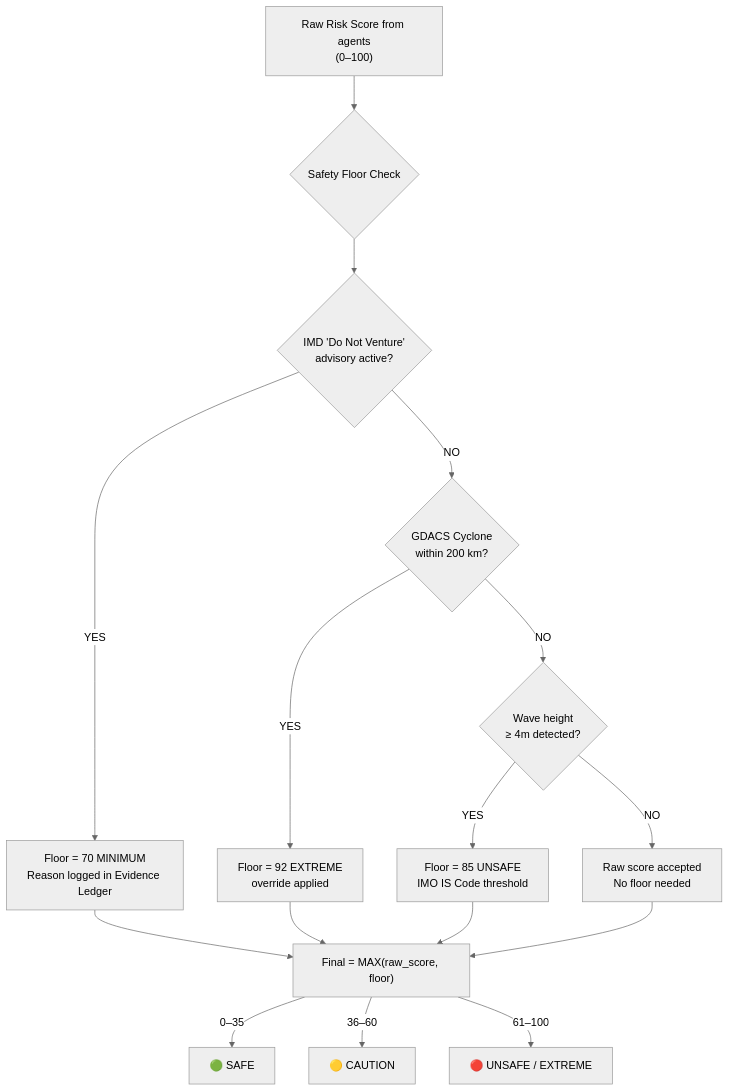
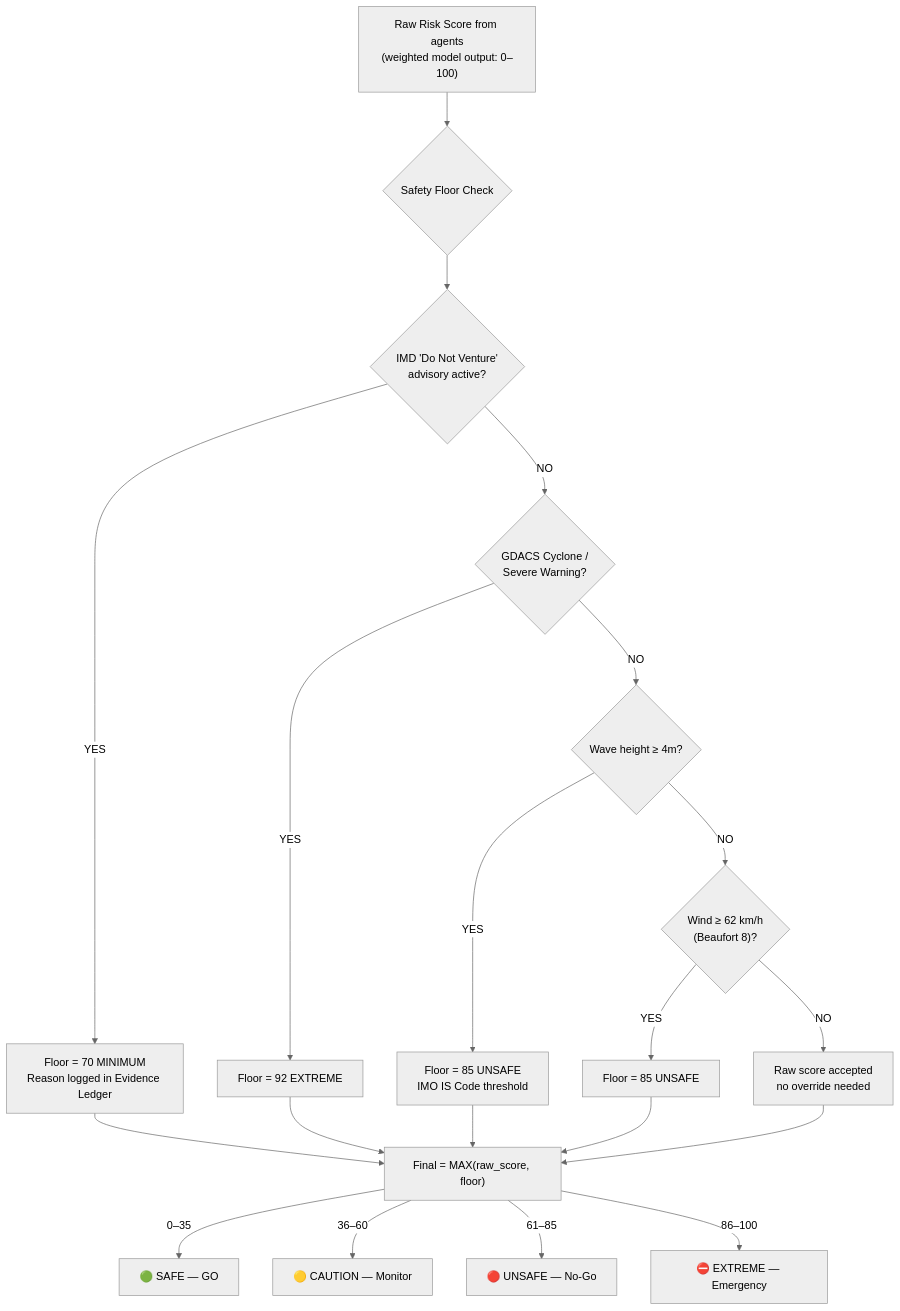
Before and after one commit to akshatog/MARVO: the second of 3 diagrams in README.md, drawn with Mermaid (neutral theme). The commit also changed other lines of this file, not shown here.

````diff
--- a/README.md
+++ b/README.md
@@ -225,18 +237,19 @@
 ```mermaid
 flowchart TD
-    A["Raw Risk Score from agents\n(0–100)"] --> B{Safety Floor Check}
+    A["Raw Risk Score from agents\n(weighted model output: 0–100)"] --> B{Safety Floor Check}
     B --> C{"IMD 'Do Not Venture'\nadvisory active?"}
     C -->|YES| D["Floor = 70 MINIMUM\nReason logged in Evidence Ledger"]
-    C -->|NO| E{"GDACS Cyclone\nwithin 200 km?"}
-    E -->|YES| F["Floor = 92 EXTREME\noverride applied"]
-    E -->|NO| G{"Wave height\n≥ 4m detected?"}
+    C -->|NO| E{"GDACS Cyclone /\nSevere Warning?"}
+    E -->|YES| F["Floor = 92 EXTREME"]
+    E -->|NO| G{"Wave height ≥ 4m?"}
     G -->|YES| H["Floor = 85 UNSAFE\nIMO IS Code threshold"]
-    G -->|NO| I["Raw score accepted\nNo floor needed"]
-    D --> L["Final = MAX(raw_score, floor)"]
-    F --> L
-    H --> L
-    I --> L
-    L --> |"0–35"| N["🟢 SAFE"]
-    L --> |"36–60"| O["🟡 CAUTION"]
-    L --> |"61–100"| P["🔴 UNSAFE / EXTREME"]
+    G -->|NO| I{"Wind ≥ 62 km/h\n(Beaufort 8)?"}
+    I -->|YES| J["Floor = 85 UNSAFE"]
+    I -->|NO| K["Raw score accepted\nno override needed"]
+    D & F & H & J --> L["Final = MAX(raw_score, floor)"]
+    K --> L
+    L -->|"0–35"| SAFE["🟢 SAFE — GO"]
+    L -->|"36–60"| CAU["🟡 CAUTION — Monitor"]
+    L -->|"61–85"| UNS["🔴 UNSAFE — No-Go"]
+    L -->|"86–100"| EXT["⛔ EXTREME — Emergency"]
 ```
````
